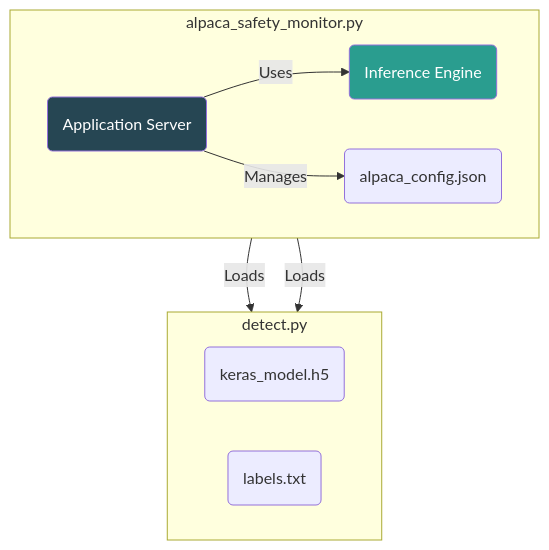
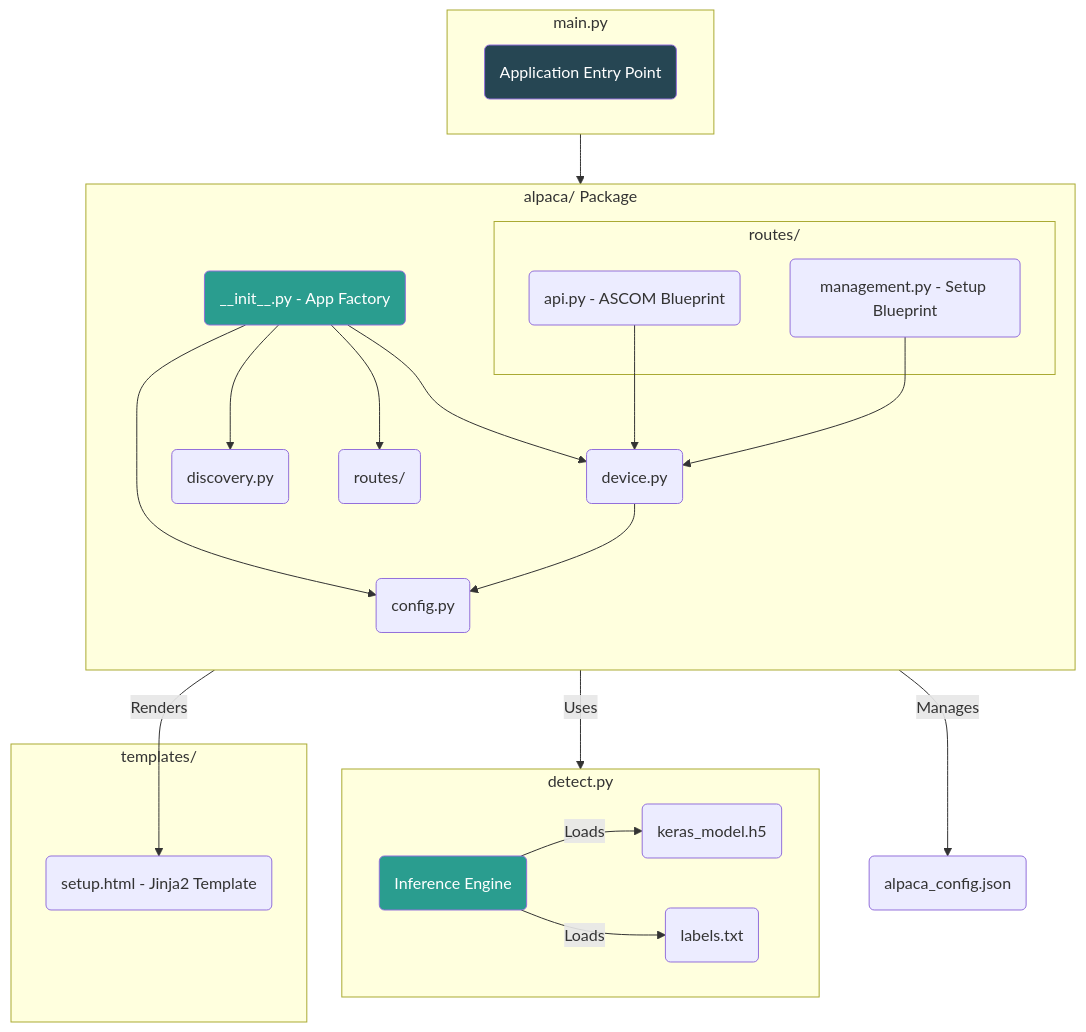
Before and after one commit to chvvkumar/simpleCloudDetect: the second of 4 diagrams in architecture.md, drawn with Mermaid. The commit also changed other lines of this file and 12 other files, not shown here.

````diff
--- a/architecture.md
+++ b/architecture.md
@@ -34,19 +34,44 @@
 ```mermaid
 graph TD
-    subgraph "alpaca_safety_monitor.py"
+    subgraph "main.py"
         direction LR
-        A(Application Server)
-        A -- Uses --> B
-        A -- Manages --> C(alpaca_config.json)
+        M(Application Entry Point)
+    end
+
+    subgraph "alpaca/ Package"
+        direction TB
+        M --> APP(__init__.py - App Factory)
+        APP --> CFG(config.py)
+        APP --> DEV(device.py)
+        APP --> DISC(discovery.py)
+        APP --> ROUTES(routes/)
+        
+        subgraph "routes/"
+            API(api.py - ASCOM Blueprint)
+            MGMT(management.py - Setup Blueprint)
+        end
+        
+        DEV --> CFG
+        API --> DEV
+        MGMT --> DEV
     end
 
     subgraph "detect.py"
         direction LR
         B(Inference Engine)
         B -- Loads --> D(keras_model.h5)
         B -- Loads --> E(labels.txt)
     end
+    
+    subgraph "templates/"
+        HTML(setup.html - Jinja2 Template)
+    end
 
-    style A fill:#264653,color:#fff
+    DEV -- Uses --> B
+    MGMT -- Renders --> HTML
+    DEV -- Manages --> C(alpaca_config.json)
+
+    style M fill:#264653,color:#fff
+    style APP fill:#2a9d8f,color:#fff
     style B fill:#2a9d8f,color:#fff
 ```
````
